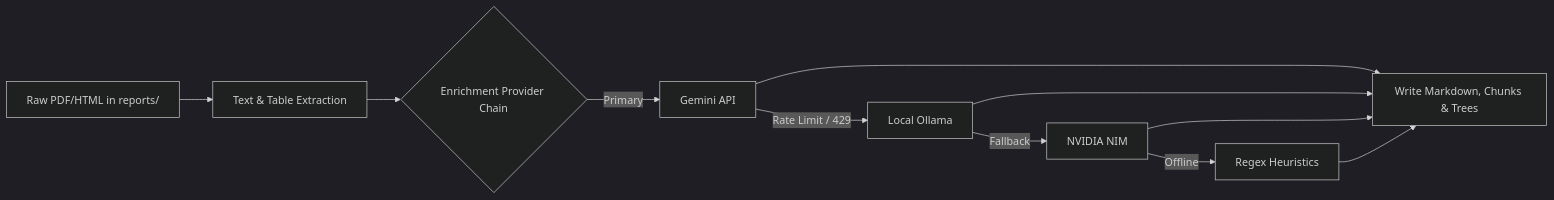
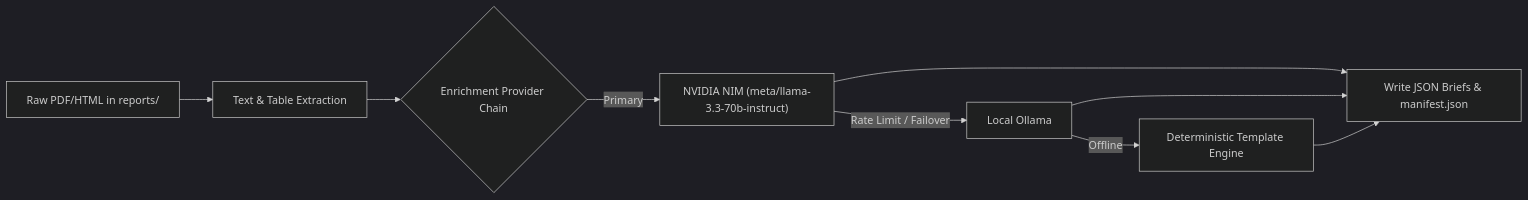
The second of 3 diagrams in README.md (yieldchaser/Shipping), drawn with Mermaid (dark theme) before and after one commit. The commit also changed other lines of this file, not shown here.

Commit message:
docs(readme): update README.md with line-by-line audited row counts, scripts inventory, and NIM architecture

````diff
--- a/README.md
+++ b/README.md
@@ -318,13 +318,11 @@
 ```mermaid
 flowchart LR
     PDF["Raw PDF/HTML in reports/"] --> Extract["Text & Table Extraction"]
     Extract --> Chain{"Enrichment Provider Chain"}
-    Chain -->|Primary| P1["Gemini API"]
-    P1 -->|Rate Limit / 429| P2["Local Ollama"]
-    P2 -->|Fallback| P3["NVIDIA NIM"]
-    P3 -->|Offline| P4["Regex Heuristics"]
-    P1 --> Write["Write Markdown, Chunks & Trees"]
+    Chain -->|Primary| P1["NVIDIA NIM (meta/llama-3.3-70b-instruct)"]
+    P1 -->|Rate Limit / Failover| P2["Local Ollama"]
+    P2 -->|Offline| P3["Deterministic Template Engine"]
+    P1 --> Write["Write JSON Briefs & manifest.json"]
     P2 --> Write
     P3 --> Write
-    P4 --> Write
 ```
````
